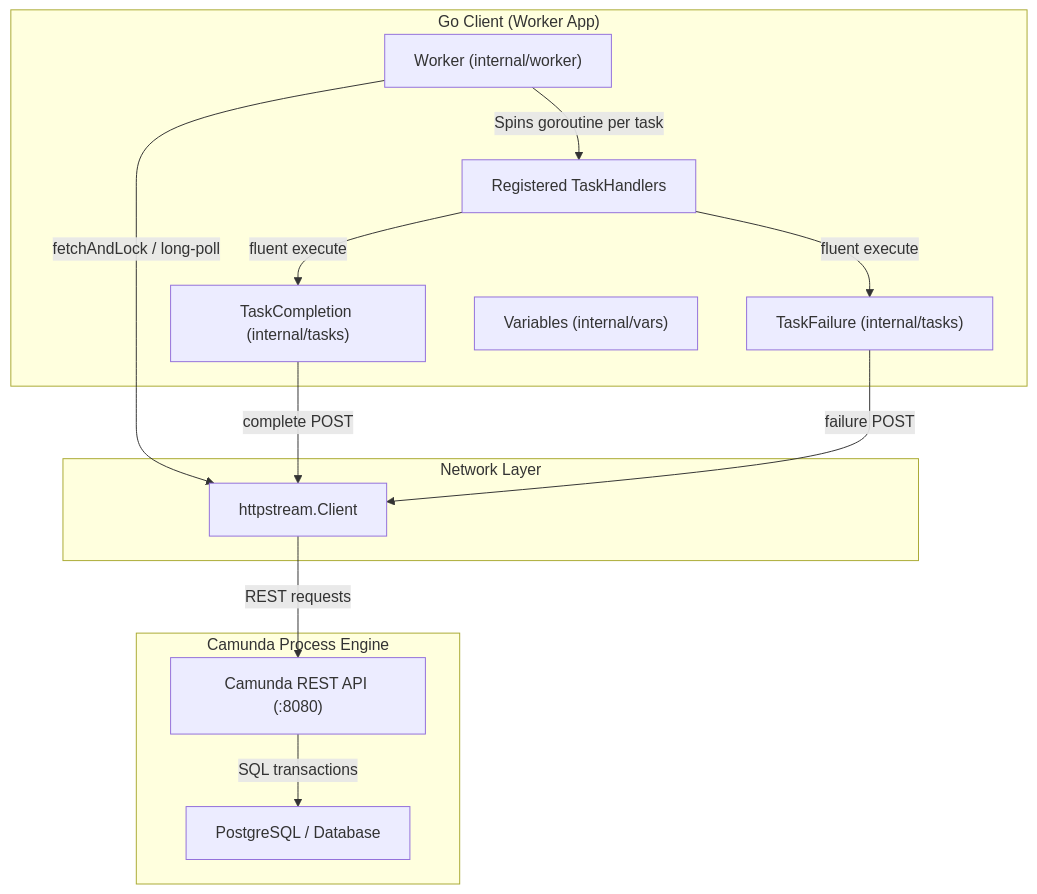
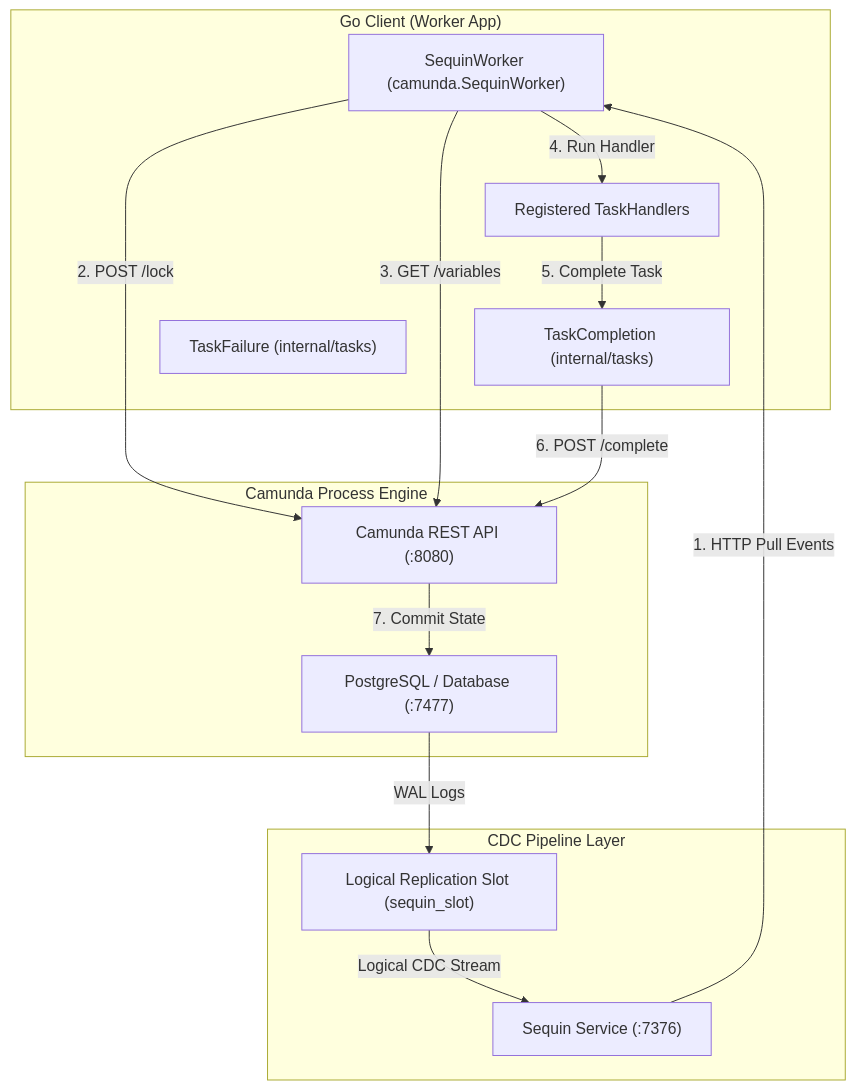
One commit to nativebpm/camunda changed the diagram in examples/loadtest/camunda-load-test-results.md. Above: the diagram before and after it, drawn with Mermaid. The commit also changed other lines of this file and 21 other files, not shown here.

````diff
--- a/examples/loadtest/camunda-load-test-results.md
+++ b/examples/loadtest/camunda-load-test-results.md
@@ -13,29 +15,32 @@
 ```mermaid
 graph TD
     subgraph "Go Client (Worker App)"
-        Worker["Worker (internal/worker)"]
+        Worker["SequinWorker (camunda.SequinWorker)"]
         TC["TaskCompletion (internal/tasks)"]
         TF["TaskFailure (internal/tasks)"]
-        Vars["Variables (internal/vars)"]
         Handlers["Registered TaskHandlers"]
     end
     
-    subgraph "Network Layer"
-        HTTP["httpstream.Client"]
+    subgraph "CDC Pipeline Layer"
+        Sequin["Sequin Service (:7376)"]
+        WAL["Logical Replication Slot (sequin_slot)"]
     end
     
     subgraph "Camunda Process Engine"
         REST["Camunda REST API (:8080)"]
-        DB["PostgreSQL / Database"]
+        DB["PostgreSQL / Database (:7477)"]
     end
 
-    Worker -->|fetchAndLock / long-poll| HTTP
-    HTTP -->|REST requests| REST
-    REST -->|SQL transactions| DB
+    %% WAL CDC path
+    DB -->|WAL Logs| WAL
+    WAL -->|Logical CDC Stream| Sequin
+    Sequin -->|1. HTTP Pull Events| Worker
     
-    Worker -->|Spins goroutine per task| Handlers
-    Handlers -->|fluent execute| TC
-    Handlers -->|fluent execute| TF
-    TC -->|complete POST| HTTP
-    TF -->|failure POST| HTTP
+    %% Task execution path
+    Worker -->|2. POST /lock| REST
+    Worker -->|3. GET /variables| REST
+    Worker -->|4. Run Handler| Handlers
+    Handlers -->|5. Complete Task| TC
+    TC -->|6. POST /complete| REST
+    REST -->|7. Commit State| DB
 ```
````
